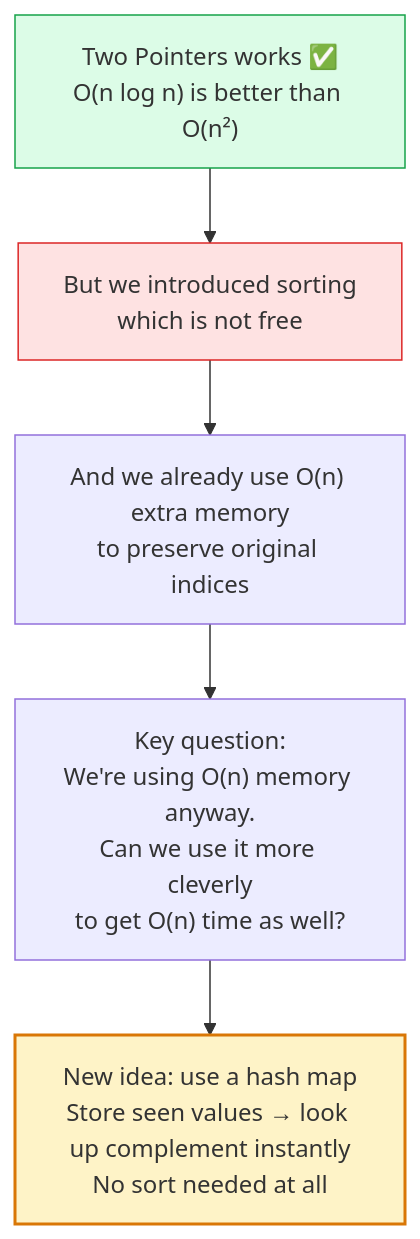
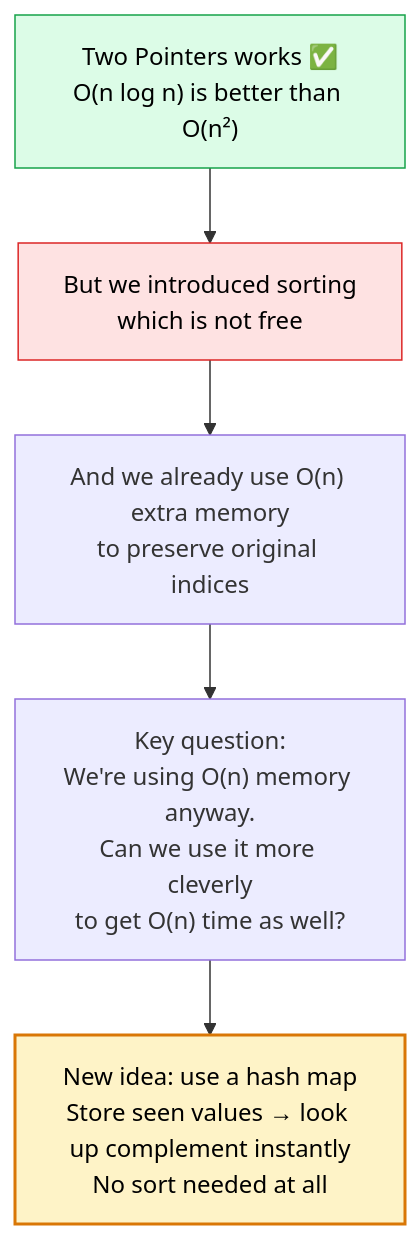
The ninth of 12 diagrams in 01 - Two Sum/README.md (M-F-Tushar/LeetCode-Problem-Solving), drawn with Mermaid before and after one commit. The commit also changed other lines of this file, not shown here.

````diff
--- a/01 - Two Sum/README.md
+++ b/01 - Two Sum/README.md
@@ -314,11 +313,11 @@
 ```mermaid
 flowchart TD
     A["Two Pointers works ✅\nO(n log n) is better than O(n²)"] --> B["But we introduced sorting\nwhich is not free"]
     B --> C["And we already use O(n) extra memory\nto preserve original indices"]
     C --> D["Key question:\nWe're using O(n) memory anyway.\nCan we use it more cleverly\nto get O(n) time as well?"]
     D --> E["New idea: use a hash map\nStore seen values → look up complement instantly\nNo sort needed at all"]
 
-    style A fill:#dcfce7,stroke:#16a34a
-    style B fill:#fee2e2,stroke:#dc2626
-    style E fill:#fef3c7,stroke:#d97706,stroke-width:2px
+    style A fill:#dcfce7,stroke:#16a34a,color:#000000
+    style B fill:#fee2e2,stroke:#dc2626,color:#000000
+    style E fill:#fef3c7,stroke:#d97706,stroke-width:2px,color:#000000
 ```
````
